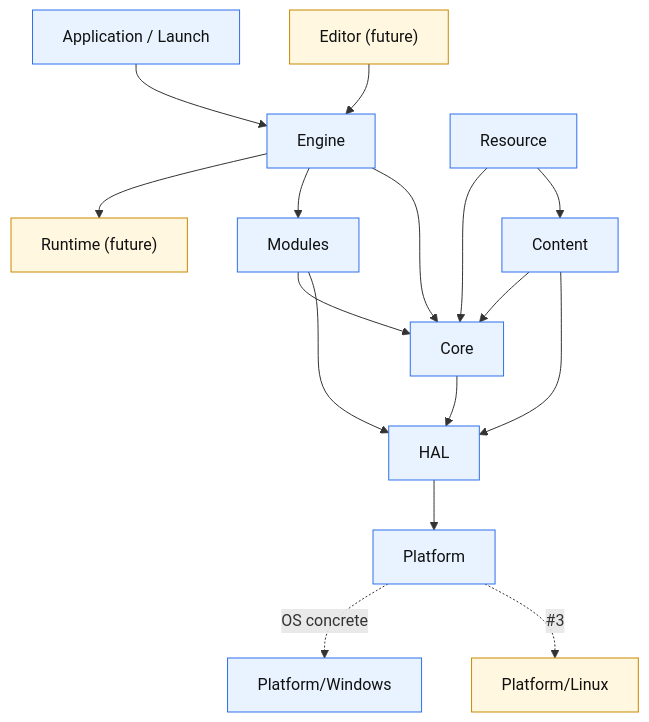
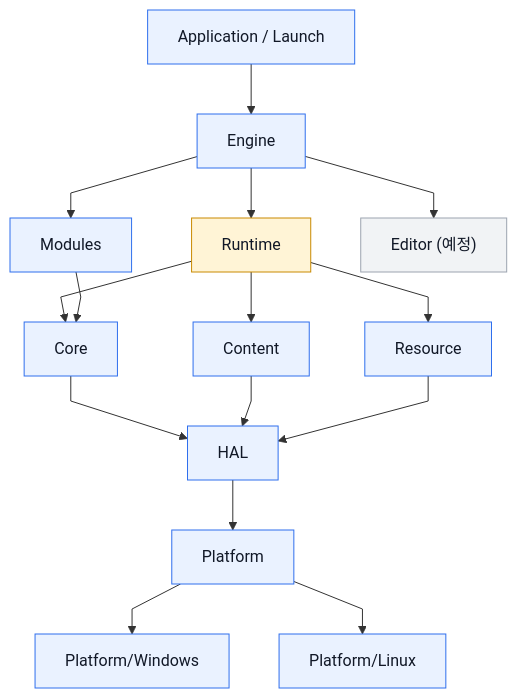
One commit to cyphen156/CyphenEngine changed the first of 4 diagrams in Docs/Architecture.md. Above: the diagram before and after it, drawn with Mermaid. The commit also changed other lines of this file and 5 other files, not shown here.

````diff
--- a/Docs/Architecture.md
+++ b/Docs/Architecture.md
@@ -7,24 +13,25 @@
 ```mermaid
+%%{init: {'flowchart': {'curve': 'linear'}}}%%
 flowchart TB
-	App["Application / Launch"] --> Engine["Engine"]
-	Engine --> Runtime["Runtime (future)"]
-	Engine --> Modules["Modules"]
-	Engine --> Core["Core"]
-	Modules --> Core
-	Modules --> HAL["HAL"]
-	Core --> HAL
-	HAL --> Platform["Platform"]
-	Editor["Editor (future)"] --> Engine
-	Content["Content"] --> Core
-	Content --> HAL
-	Resource["Resource"] --> Core
-	Resource --> Content
+    Launch["Application / Launch"] --> Engine["Engine"]
+    Engine --> Runtime["Runtime"]
+    Engine --> Modules["Modules"]
+    Engine --> Editor["Editor (예정)"]
+    Runtime --> Core["Core"]
+    Runtime --> Content["Content"]
+    Runtime --> Resource["Resource"]
+    Modules --> Core
+    Core --> HAL["HAL"]
+    Content --> HAL
+    Resource --> HAL
+    HAL --> Platform["Platform"]
+    Platform --> Windows["Platform/Windows"]
+    Platform --> Linux["Platform/Linux"]
 
-	Platform -. "OS concrete" .-> Windows["Platform/Windows"]
-	Platform -. "#3" .-> Linux["Platform/Linux"]
-
-	classDef current fill:#e8f3ff,stroke:#2f6fed,color:#111;
-	classDef future fill:#fff7df,stroke:#c98a00,color:#111;
-	class App,Engine,Modules,Core,HAL,Platform,Windows,Content,Resource current;
-	class Runtime,Editor,Linux future;
+    classDef current fill:#eaf2ff,stroke:#2f6fed,color:#111827;
+    classDef next fill:#fff4d6,stroke:#c98a00,color:#111827;
+    classDef future fill:#f1f3f5,stroke:#9ca3af,color:#111827;
+    class Launch,Engine,Modules,Core,Content,Resource,HAL,Platform,Windows,Linux current;
+    class Runtime next;
+    class Editor future;
 ```
````
